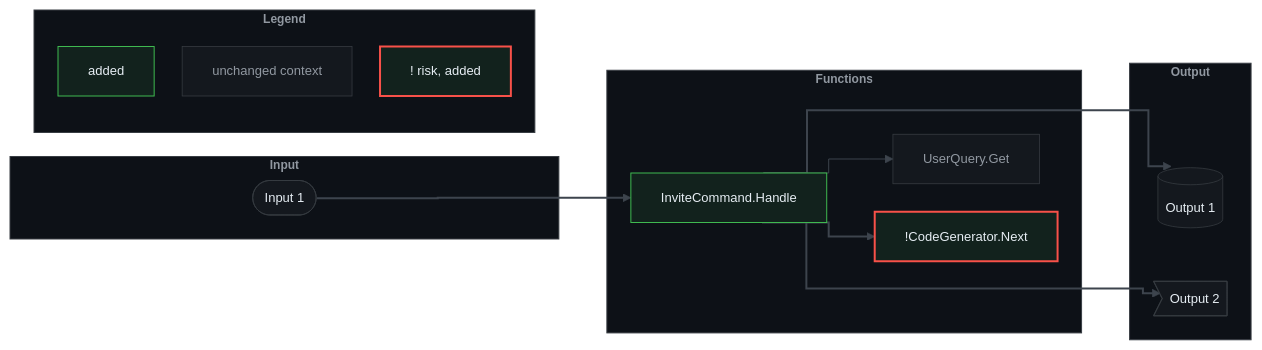
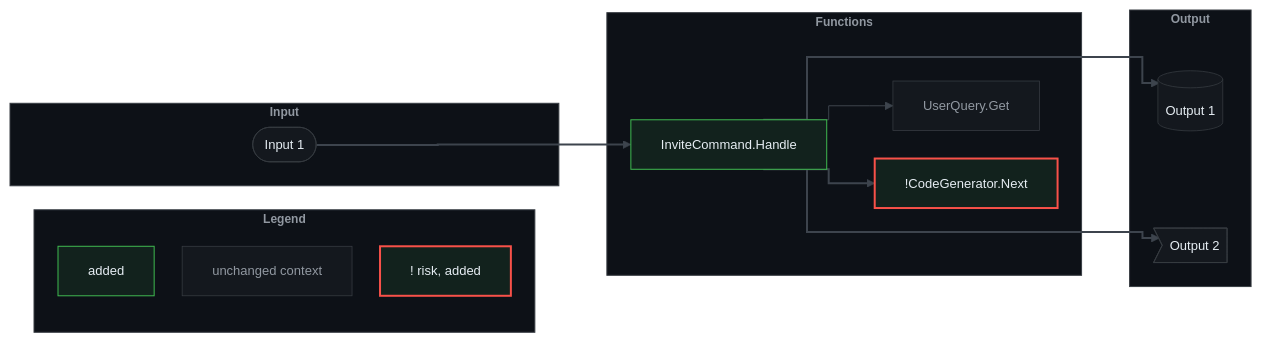
The diagram in skills/pr-brief/references/diagram-convention.md (gagoar/pr-brief), drawn with Mermaid before and after one commit. The commit also changed other lines of this file and 37 other files, not shown here.

First line of the commit message:
Draw the Legend as one row under the chart

````diff
--- a/skills/pr-brief/references/diagram-convention.md
+++ b/skills/pr-brief/references/diagram-convention.md
@@ -61,40 +61,40 @@
 ```mermaid
 %%{init: {"theme":"base","flowchart":{"curve":"step","nodeSpacing":28,"rankSpacing":48,"diagramPadding":40},"themeVariables":{"darkMode":true,"background":"#0d1117","fontFamily":"Inter, Helvetica, Arial","fontSize":"13px","dropShadow":"none","primaryColor":"#14181e","primaryTextColor":"#e6edf3","primaryBorderColor":"#383d43","nodeTextColor":"#e6edf3","textColor":"#e6edf3","mainBkg":"#14181e","nodeBorder":"#383d43","lineColor":"#3d444d","clusterBkg":"#0d1117","clusterBorder":"#383d43","titleColor":"#9198a1","edgeLabelBackground":"#0d1117"}}}%%
 graph LR
+  subgraph LEG["Legend"]
+    L1["added"]:::added
+    L2["unchanged context"]:::context
+    L3["! risk, added"]:::riskadded
+  end
   subgraph IN["Input"]
     I1(["Input 1"])
   end
   subgraph FN["Functions"]
     F1["InviteCommand.Handle"]:::added
     F2["!CodeGenerator.Next"]:::riskadded
     F3["UserQuery.Get"]:::context
   end
   subgraph OUT["Output"]
     O1[("Output 1")]
     O2>"Output 2"]
   end
   I1 ==> F1
   F1 ==> F2
   F1 --> F3
   F1 ==> O1
   F1 ==> O2
   F2 ~~~ O1
   F2 ~~~ O2
-  subgraph LEG["Legend"]
-    L1["added"]:::added
-    L2["unchanged context"]:::context
-    L3["! risk, added"]:::riskadded
-  end
   classDef default fill:#14181e,stroke:#383d43,stroke-width:0.75px,color:#e6edf3,font-weight:500
   classDef added fill:#12221d,stroke:#3fb950,stroke-width:1px,color:#e6edf3,font-weight:500
   classDef modified fill:#211f18,stroke:#d29922,stroke-width:1px,color:#e6edf3,font-weight:500
   classDef removed fill:#24171c,stroke:#f85149,stroke-width:1px,stroke-dasharray:4 4,color:#e6edf3,font-weight:500
   classDef context fill:#14181e,stroke:#383d43,stroke-width:0.75px,color:#9198a1,font-weight:500
   classDef risk fill:#14181e,stroke:#f85149,stroke-width:2px,color:#e6edf3,font-weight:500
   classDef riskadded fill:#12221d,stroke:#f85149,stroke-width:2px,color:#e6edf3,font-weight:500
   classDef zone fill:#0d1117,stroke:#383d43,stroke-width:1px,color:#9198a1,font-weight:600,font-size:12px
   class IN,FN,OUT zone
   linkStyle 2 stroke:#3d444d,stroke-width:1px
   linkStyle 0,1,3,4 stroke:#3d444d,stroke-width:2px
   class LEG zone
 ```
````
